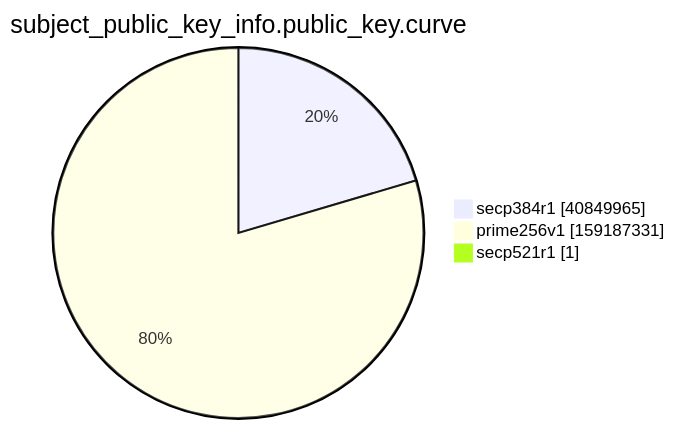
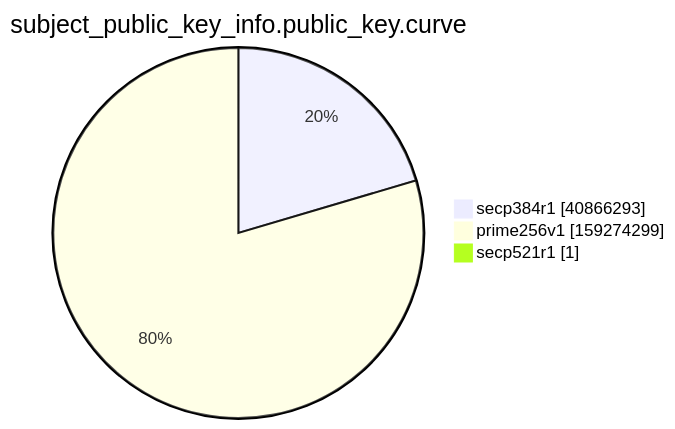
The ninth of 15 diagrams in xenon2022/README.md (christiankrug/ctmonitor_visualization), drawn with Mermaid before and after one commit. The commit also changed other lines of this file, not shown here.

````diff
--- a/xenon2022/README.md
+++ b/xenon2022/README.md
@@ -2867,7 +2867,7 @@
 ```mermaid
 pie showData
 title subject_public_key_info.public_key.curve
-"secp384r1" :40849965
-"prime256v1" :159187331
+"secp384r1" :40866293
+"prime256v1" :159274299
 "secp521r1" :1
 ```
````
